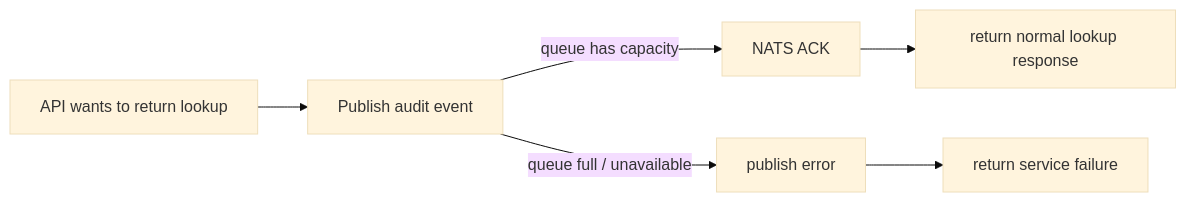
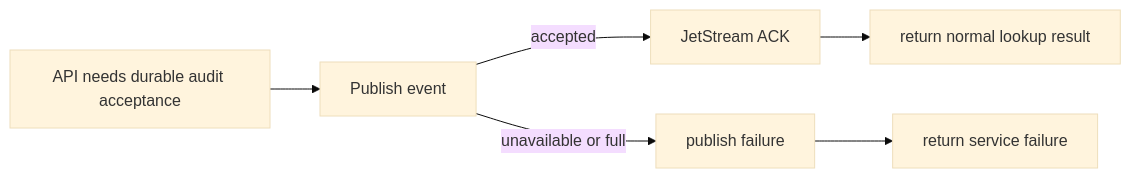
One commit to Jstarzz/geotagger changed the seventh of 21 diagrams in docs/ARCHITECTURE.md. Above: the diagram before and after it, drawn with Mermaid (base theme). The commit also changed other lines of this file, not shown here.

Commit message:
docs: replace architecture diagrams with GitHub-safe Mermaid

````diff
--- a/docs/ARCHITECTURE.md
+++ b/docs/ARCHITECTURE.md
@@ -296,8 +187,8 @@
 ```mermaid
 flowchart LR
-    API[API wants to return lookup] --> PUB[Publish audit event]
-    PUB -->|queue has capacity| ACK[NATS ACK]
-    ACK --> OK[return normal lookup response]
-    PUB -->|queue full / unavailable| FAIL[publish error]
-    FAIL --> ERR[return service failure]
+    API["API needs durable audit acceptance"] --> PUB["Publish event"]
+    PUB -->|"accepted"| ACK["JetStream ACK"]
+    ACK --> OK["return normal lookup result"]
+    PUB -->|"unavailable or full"| FAIL["publish failure"]
+    FAIL --> ERR["return service failure"]
 ```
````
